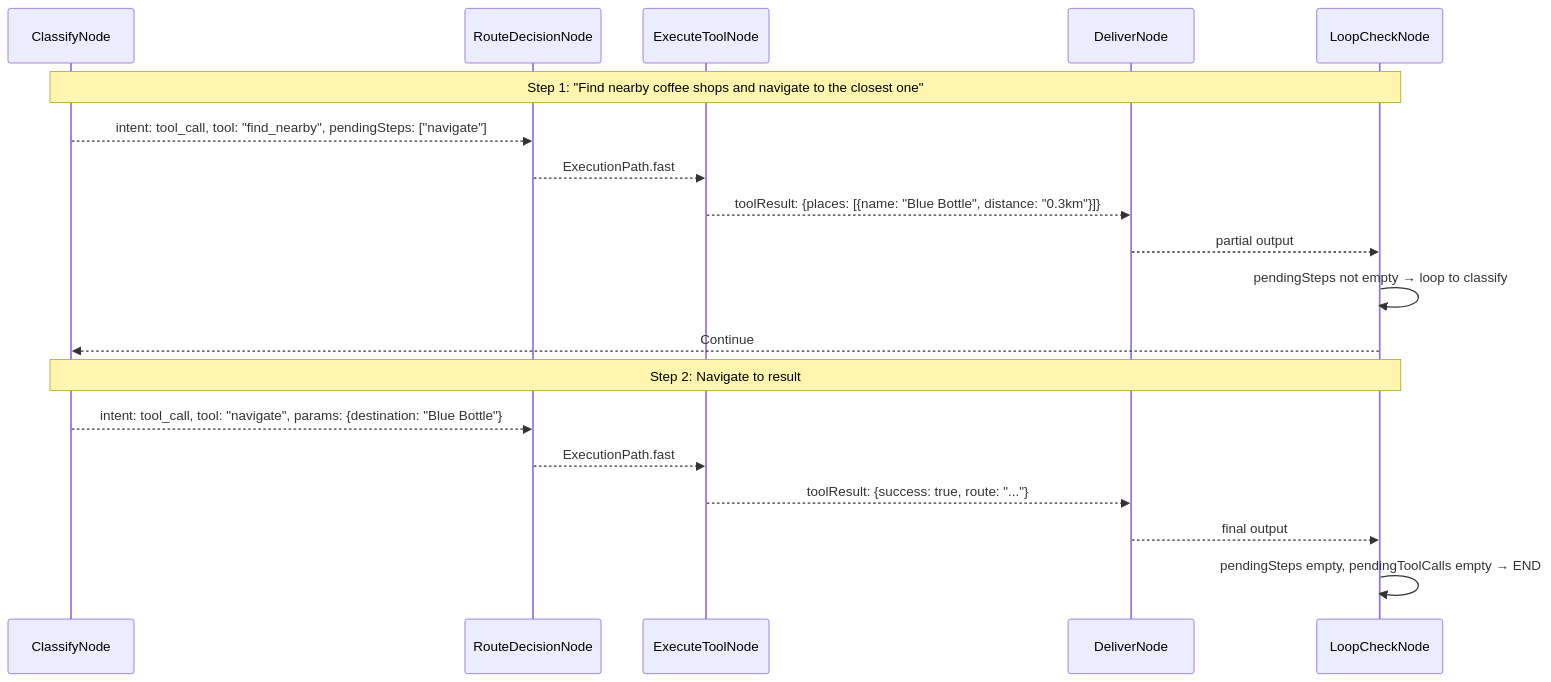
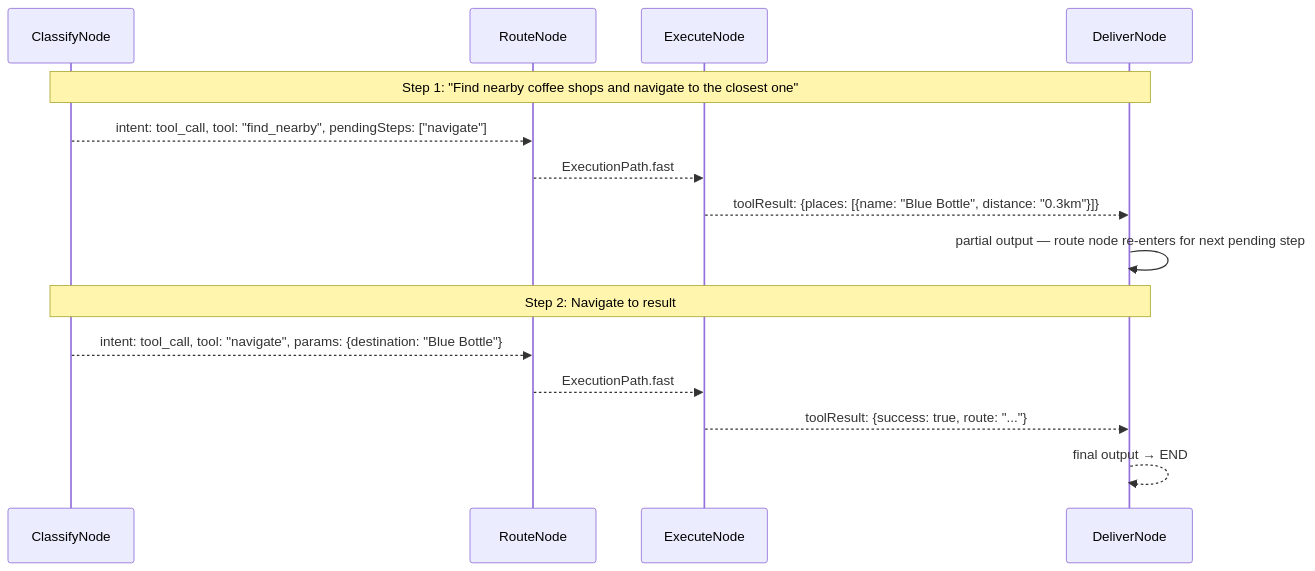
Before and after one commit to schatt-qwr/humbl-doc: the fifth of 5 diagrams in docs/architecture/data-flow.md, drawn with Mermaid. The commit also changed other lines of this file and 15 other files, not shown here.

````diff
--- a/docs/architecture/data-flow.md
+++ b/docs/architecture/data-flow.md
@@ -388,27 +367,21 @@
 ```mermaid
 sequenceDiagram
     participant CL as ClassifyNode
-    participant RD as RouteDecisionNode
-    participant ET as ExecuteToolNode
+    participant RT as RouteNode
+    participant ET as ExecuteNode
     participant DL as DeliverNode
-    participant LC as LoopCheckNode
 
-    Note over CL,LC: Step 1: "Find nearby coffee shops and navigate to the closest one"
+    Note over CL,DL: Step 1: "Find nearby coffee shops and navigate to the closest one"
 
-    CL-->>RD: intent: tool_call, tool: "find_nearby", pendingSteps: ["navigate"]
-    RD-->>ET: ExecutionPath.fast
+    CL-->>RT: intent: tool_call, tool: "find_nearby", pendingSteps: ["navigate"]
+    RT-->>ET: ExecutionPath.fast
     ET-->>DL: toolResult: {places: [{name: "Blue Bottle", distance: "0.3km"}]}
-    DL-->>LC: partial output
+    DL->>DL: partial output — route node re-enters for next pending step
 
-    LC->>LC: pendingSteps not empty → loop to classify
-    LC-->>CL: Continue
+    Note over CL,DL: Step 2: Navigate to result
 
-    Note over CL,LC: Step 2: Navigate to result
-
-    CL-->>RD: intent: tool_call, tool: "navigate", params: {destination: "Blue Bottle"}
-    RD-->>ET: ExecutionPath.fast
+    CL-->>RT: intent: tool_call, tool: "navigate", params: {destination: "Blue Bottle"}
+    RT-->>ET: ExecutionPath.fast
     ET-->>DL: toolResult: {success: true, route: "..."}
-    DL-->>LC: final output
-
-    LC->>LC: pendingSteps empty, pendingToolCalls empty → END
+    DL-->>DL: final output → END
 ```
````
